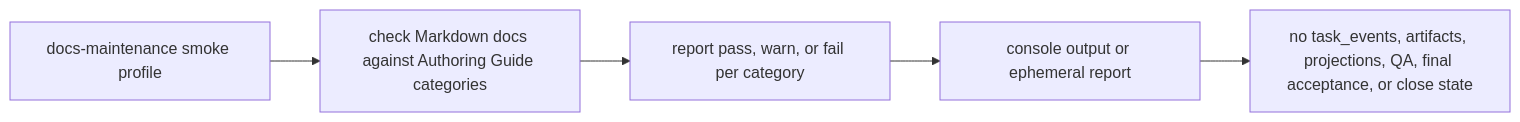
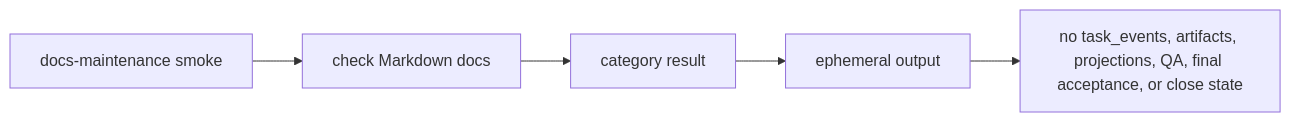
Before and after one commit to minjungw00/Harness_Project: the third of 11 diagrams in docs/en/reference/operations-and-conformance.md, drawn with Mermaid. The commit also changed other lines of this file and 20 other files, not shown here.

Commit message:
docs: refresh diagrams for staged authority model

````diff
--- a/docs/en/reference/operations-and-conformance.md
+++ b/docs/en/reference/operations-and-conformance.md
@@ -189,7 +189,7 @@
 ```mermaid
 flowchart LR
-  Start["docs-maintenance smoke profile"] --> Check["check Markdown docs against Authoring Guide categories"]
-  Check --> Report["report pass, warn, or fail per category"]
-  Report --> Output["console output or ephemeral report"]
+  Start["docs-maintenance smoke"] --> Check["check Markdown docs"]
+  Check --> Report["category result"]
+  Report --> Output["ephemeral output"]
   Output --> Hold["no task_events, artifacts, projections, QA, final acceptance, or close state"]
 ```
````
